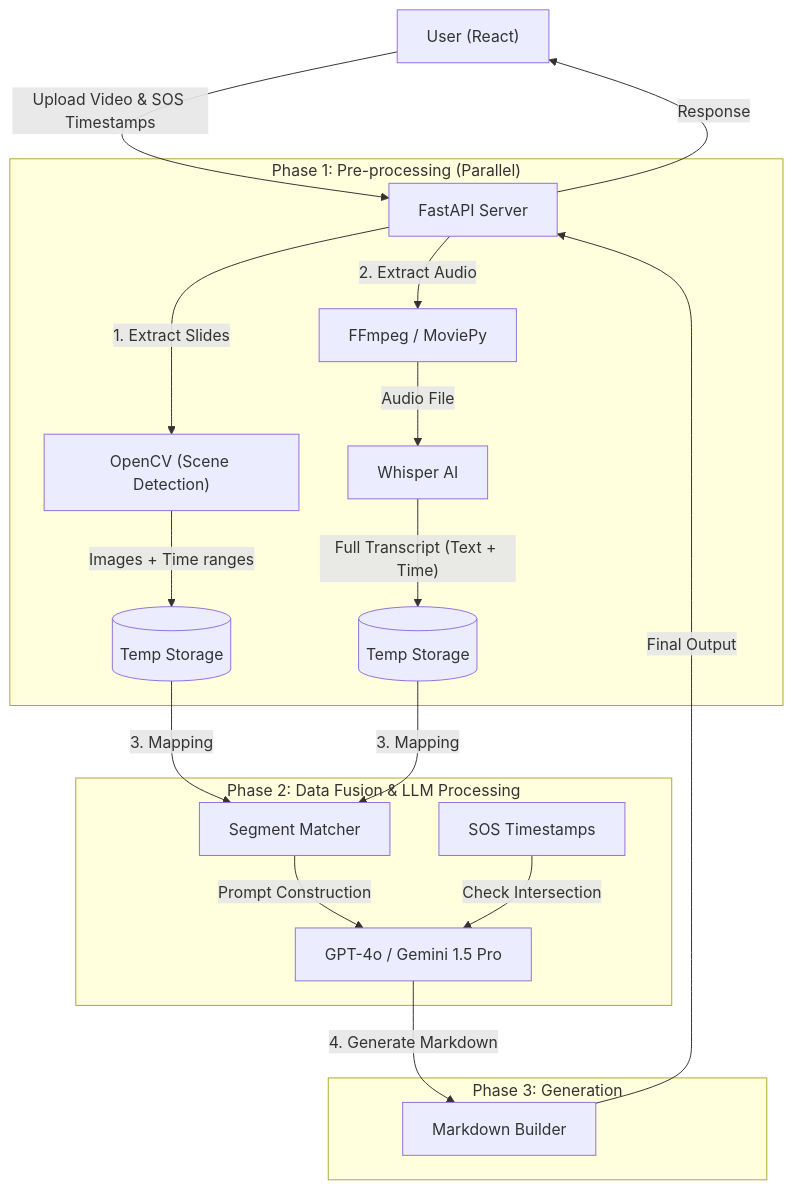
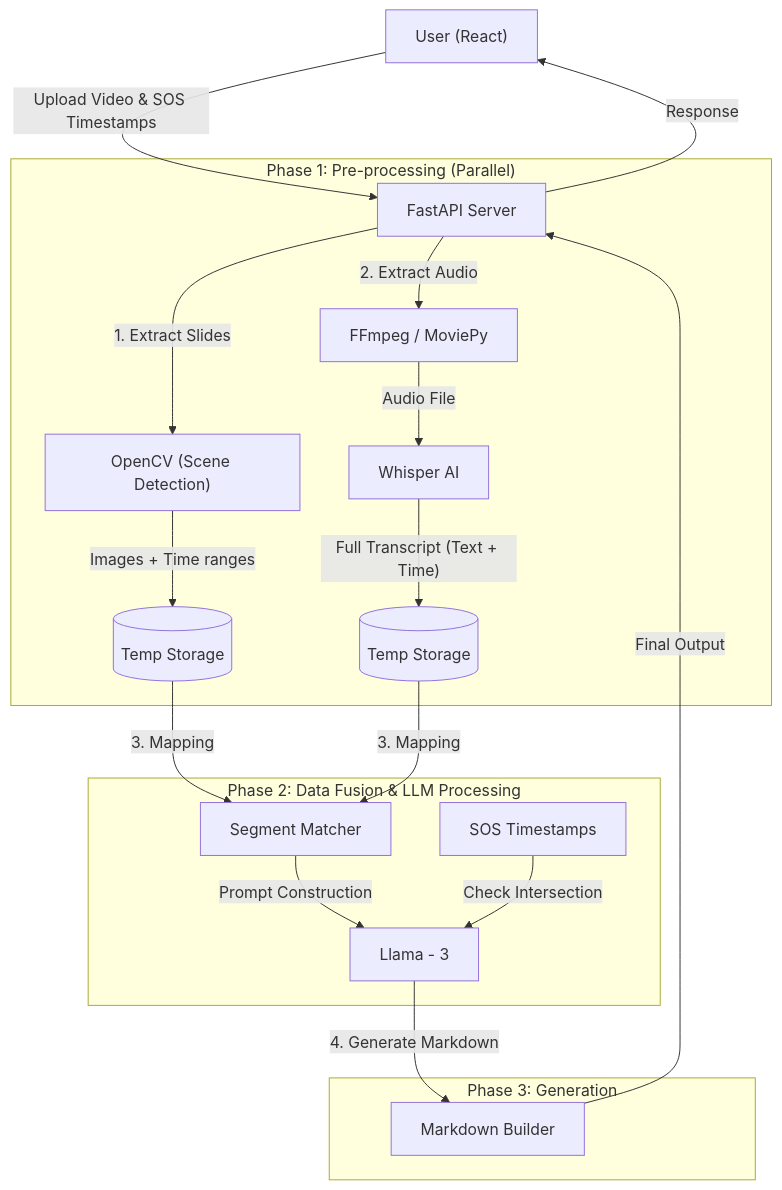
One commit to najung-h/project-MathPilot changed the diagram in README.md. Above: the diagram before and after it, drawn with Mermaid. The commit also changed other lines of this file and 5 other files, not shown here.

````diff
--- a/README.md
+++ b/README.md
@@ -204,27 +103,27 @@
 ```mermaid
 graph TD
     User["User (React)"] -->|Upload Video & SOS Timestamps| API[FastAPI Server]
     
     subgraph "Phase 1: Pre-processing (Parallel)"
         API -->|1. Extract Slides| CV["OpenCV (Scene Detection)"]
         CV -->|Images + Time ranges| SlideDB[(Temp Storage)]
         
         API -->|2. Extract Audio| FFMPEG[FFmpeg / MoviePy]
         FFMPEG -->|Audio File| STT[Whisper AI]
         STT -->|"Full Transcript (Text + Time)"| TranscriptDB[(Temp Storage)]
     end
     
     subgraph "Phase 2: Data Fusion & LLM Processing"
         SlideDB & TranscriptDB -->|3. Mapping| Merger[Segment Matcher]
-        Merger -->|Prompt Construction| LLM[GPT-4o / Gemini 1.5 Pro]
+        Merger -->|Prompt Construction| LLM[Llama - 3]
         
         SOS[SOS Timestamps] -->|Check Intersection| LLM
     end
     
     subgraph "Phase 3: Generation"
         LLM -->|4. Generate Markdown| MD[Markdown Builder]
         MD -->|Final Output| API
     end
     
     API -->|Response| User
 ```
````
